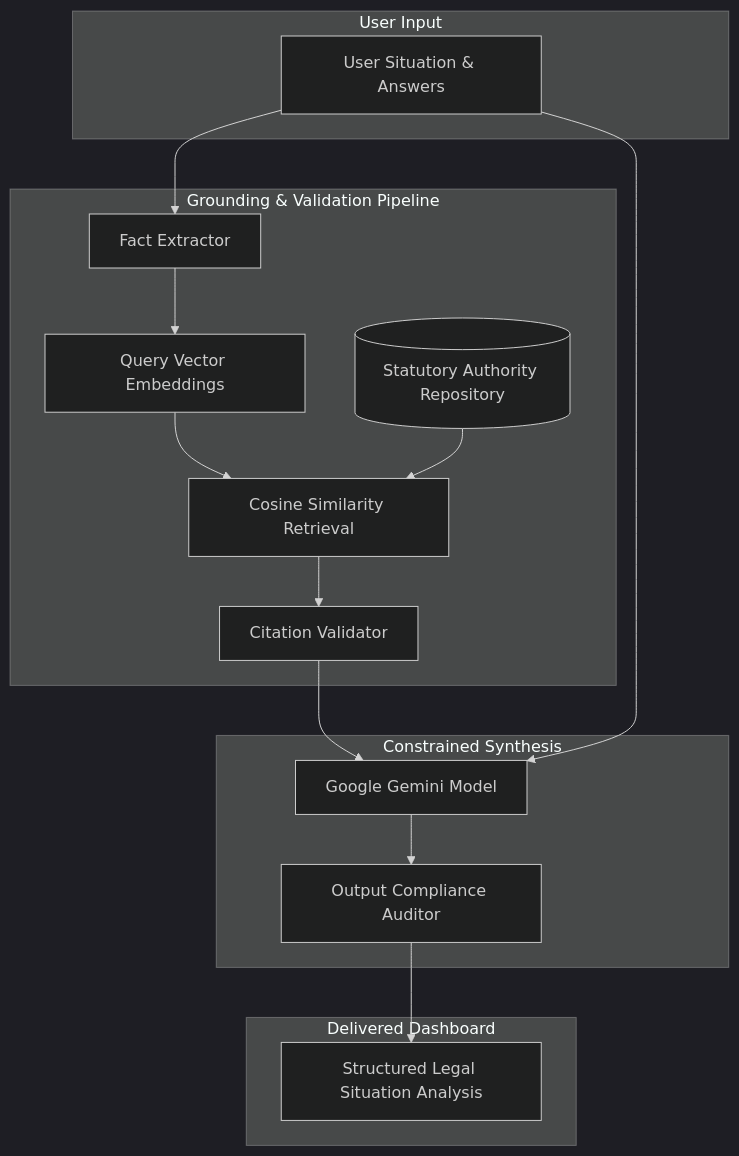
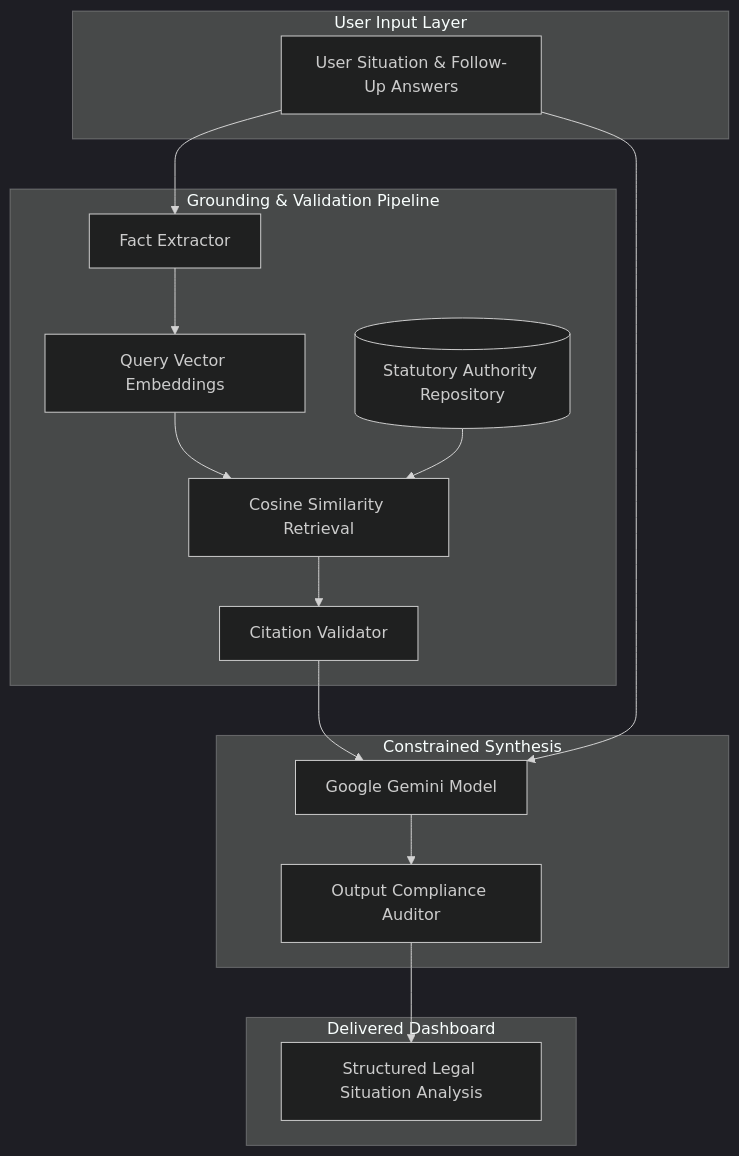
One commit to jeevanrao2007-debug/RIGHTS-AND-REMEDY changed the second of 3 diagrams in README.md. Above: the diagram before and after it, drawn with Mermaid (dark theme). The commit also changed other lines of this file, not shown here.

````diff
--- a/README.md
+++ b/README.md
@@ -159,33 +189,33 @@
 ```mermaid
 flowchart TD
-    subgraph Client [User Input]
-        A[User Situation & Answers]
+    subgraph Client [User Input Layer]
+        A[User Situation & Follow-Up Answers]
     end
 
     subgraph RAG_Pipeline [Grounding & Validation Pipeline]
         B[Fact Extractor]
         C[Query Vector Embeddings]
         D[(Statutory Authority Repository)]
         E[Cosine Similarity Retrieval]
         F[Citation Validator]
     end
 
     subgraph AI_Engine [Constrained Synthesis]
         G[Google Gemini Model]
         H[Output Compliance Auditor]
     end
 
     subgraph Output [Delivered Dashboard]
         I[Structured Legal Situation Analysis]
     end
 
     A --> B
     B --> C
     C --> E
     D --> E
     E --> F
     F --> G
     A --> G
     G --> H
     H --> I
 ```
````
